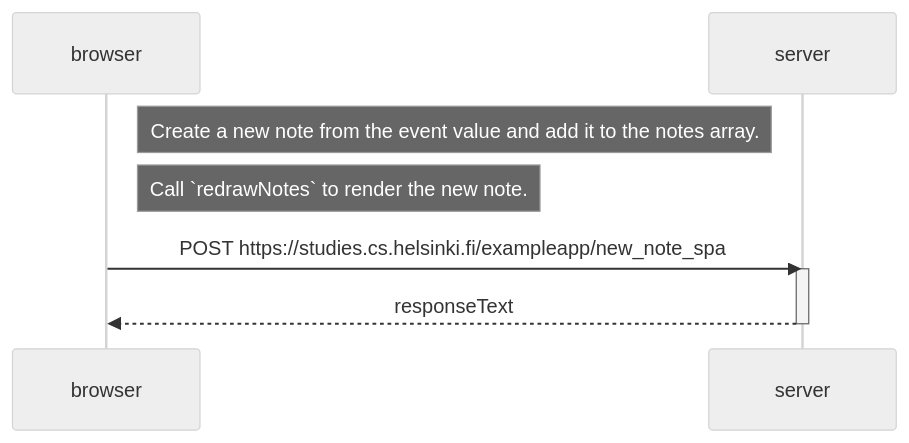
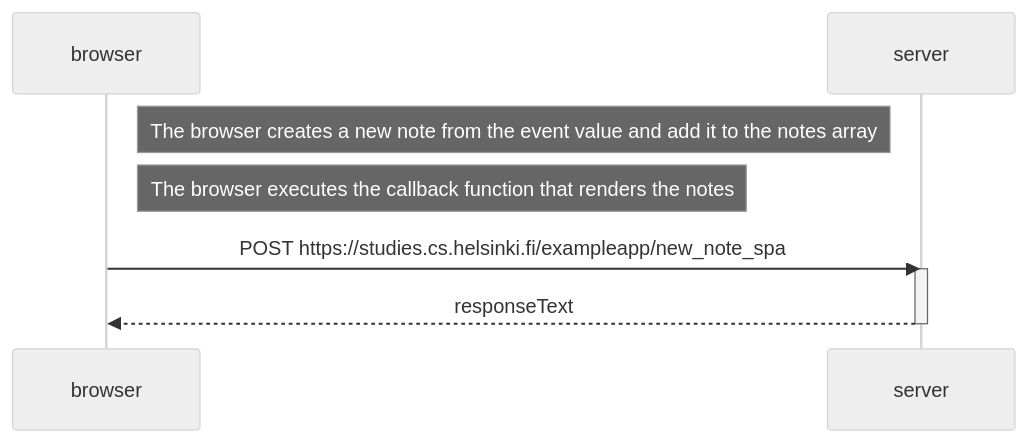
Before and after one commit to sodasmile1121/full-stack-open: the diagram in part0/new-note-spa-diagram.mmd, drawn with Mermaid (neutral theme).

Commit message:
revise browser comment on new-note-spa-diagram.mmd

```diff
--- a/part0/new-note-spa-diagram.mmd
+++ b/part0/new-note-spa-diagram.mmd
@@ -1,11 +1,11 @@
 sequenceDiagram
     participant browser
     participant server
 
-    Note right of browser: Create a new note from the event value and add it to the notes array.
-    Note right of browser: Call `redrawNotes` to render the new note.
+    Note right of browser: The browser creates a new note from the event value and add it to the notes array
+    Note right of browser: The browser executes the callback function that renders the notes
 
     browser->>server: POST https://studies.cs.helsinki.fi/exampleapp/new_note_spa
     activate server
     server-->>browser: responseText
     deactivate server
```
